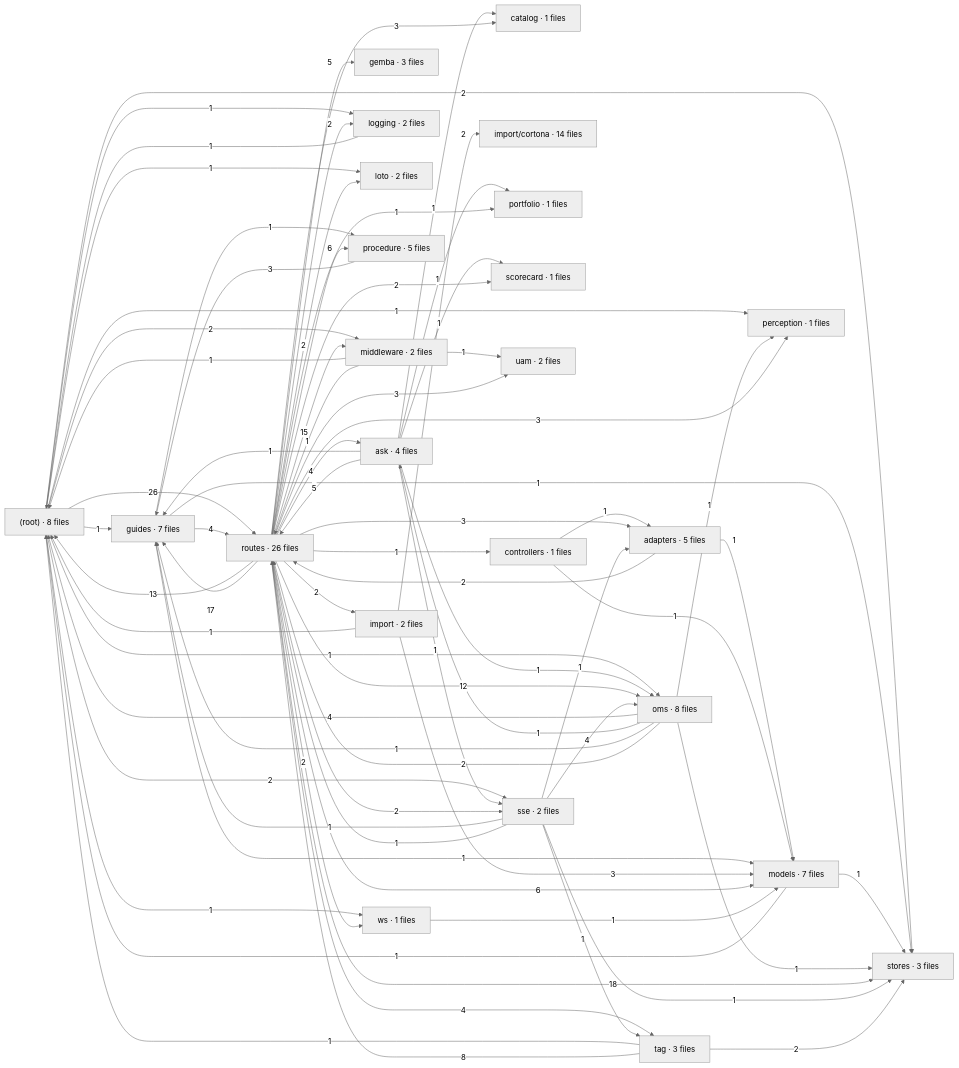
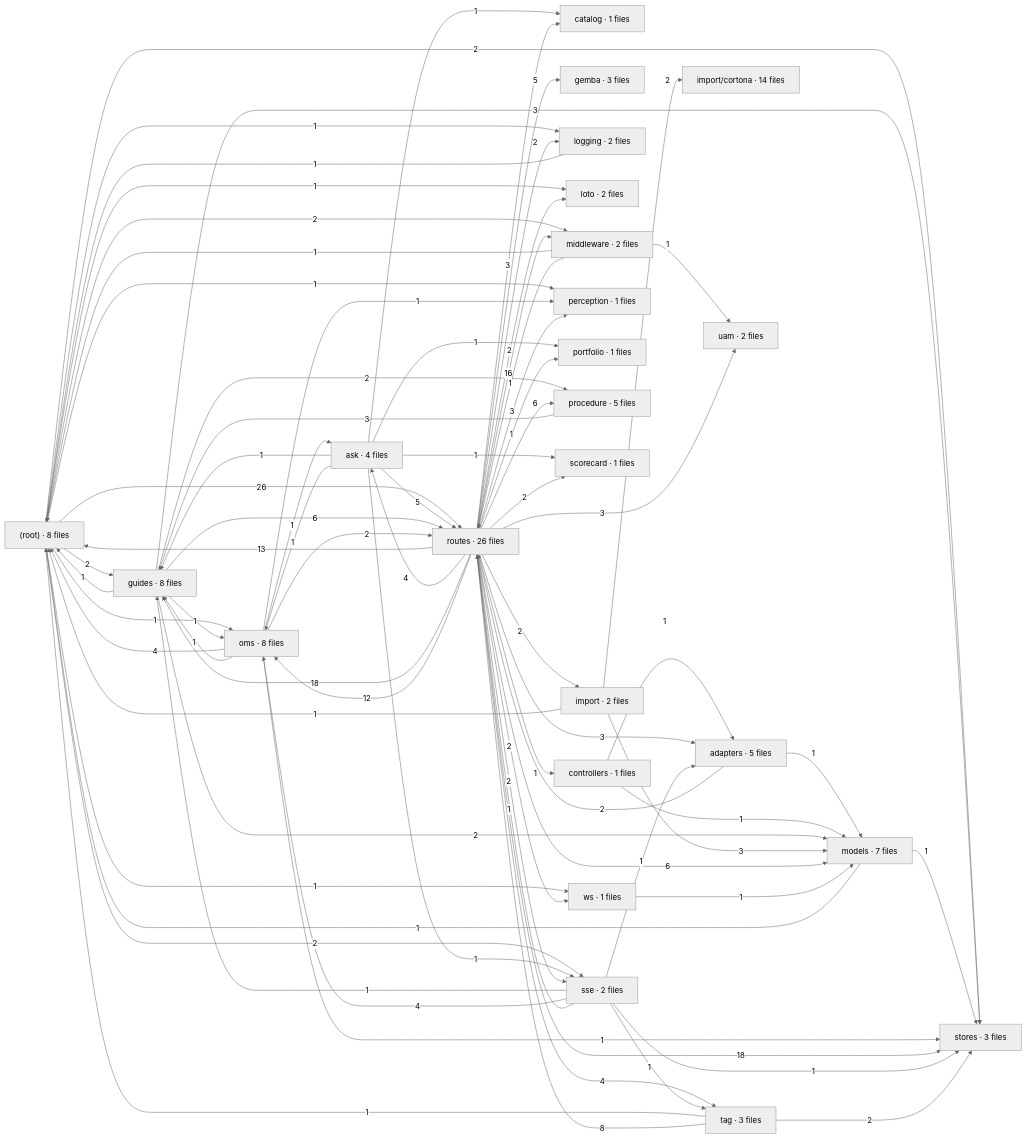
Before and after one commit to krocx/spatial-tapgging-app: the diagram in docs/architecture/deps-sib.mmd, drawn with Mermaid (neutral theme). The commit also changed 14 other files, not shown here.

First line of the commit message:
Guide lifecycle: archive (Manager), delete to a 30-day trash with restore (Owner, runs stay), publish needs Manager + chamber configuration, session deletion Owner only, integrity report, audit lines; portal row menu + Show archived + Admin trash card; Roadmap X says the guide stays

```diff
--- a/docs/architecture/deps-sib.mmd
+++ b/docs/architecture/deps-sib.mmd
@@ -1,100 +1,102 @@
 %% generated by scripts/arch-graph.mjs - do not edit
 flowchart LR
   %% sib/src - relative imports between folders (edge label = number of imports)
   F__["(root) · 8 files"]
   F_adapters["adapters · 5 files"]
   F_ask["ask · 4 files"]
   F_catalog["catalog · 1 files"]
   F_controllers["controllers · 1 files"]
   F_gemba["gemba · 3 files"]
-  F_guides["guides · 7 files"]
+  F_guides["guides · 8 files"]
   F_import["import · 2 files"]
   F_import_cortona["import/cortona · 14 files"]
   F_logging["logging · 2 files"]
   F_loto["loto · 2 files"]
   F_middleware["middleware · 2 files"]
   F_models["models · 7 files"]
   F_oms["oms · 8 files"]
   F_perception["perception · 1 files"]
   F_portfolio["portfolio · 1 files"]
   F_procedure["procedure · 5 files"]
   F_routes["routes · 26 files"]
   F_scorecard["scorecard · 1 files"]
   F_sse["sse · 2 files"]
   F_stores["stores · 3 files"]
   F_tag["tag · 3 files"]
   F_uam["uam · 2 files"]
   F_ws["ws · 1 files"]
-  F__ -->|1| F_guides
+  F__ -->|2| F_guides
   F__ -->|1| F_logging
   F__ -->|1| F_loto
   F__ -->|2| F_middleware
   F__ -->|1| F_oms
   F__ -->|1| F_perception
   F__ -->|26| F_routes
   F__ -->|2| F_sse
   F__ -->|2| F_stores
   F__ -->|1| F_ws
   F_adapters -->|1| F_models
   F_adapters -->|2| F_routes
   F_ask -->|1| F_catalog
   F_ask -->|1| F_guides
   F_ask -->|1| F_oms
   F_ask -->|1| F_portfolio
   F_ask -->|5| F_routes
   F_ask -->|1| F_scorecard
   F_ask -->|1| F_sse
   F_controllers -->|1| F_adapters
   F_controllers -->|1| F_models
-  F_guides -->|1| F_models
-  F_guides -->|1| F_procedure
-  F_guides -->|4| F_routes
-  F_guides -->|1| F_stores
+  F_guides -->|1| F__
+  F_guides -->|2| F_models
+  F_guides -->|1| F_oms
+  F_guides -->|2| F_procedure
+  F_guides -->|6| F_routes
+  F_guides -->|3| F_stores
   F_import -->|1| F__
   F_import -->|2| F_import_cortona
   F_import -->|3| F_models
   F_logging -->|1| F__
   F_middleware -->|1| F__
   F_middleware -->|1| F_routes
   F_middleware -->|1| F_uam
   F_models -->|1| F__
   F_models -->|1| F_stores
   F_oms -->|4| F__
   F_oms -->|1| F_ask
   F_oms -->|1| F_guides
   F_oms -->|1| F_perception
   F_oms -->|2| F_routes
   F_oms -->|1| F_stores
   F_procedure -->|3| F_guides
   F_routes -->|13| F__
   F_routes -->|3| F_adapters
   F_routes -->|4| F_ask
   F_routes -->|3| F_catalog
   F_routes -->|1| F_controllers
   F_routes -->|5| F_gemba
-  F_routes -->|17| F_guides
+  F_routes -->|18| F_guides
   F_routes -->|2| F_import
   F_routes -->|2| F_logging
   F_routes -->|2| F_loto
-  F_routes -->|15| F_middleware
+  F_routes -->|16| F_middleware
   F_routes -->|6| F_models
   F_routes -->|12| F_oms
   F_routes -->|3| F_perception
   F_routes -->|1| F_portfolio
   F_routes -->|6| F_procedure
   F_routes -->|2| F_scorecard
   F_routes -->|2| F_sse
   F_routes -->|18| F_stores
   F_routes -->|4| F_tag
   F_routes -->|3| F_uam
   F_routes -->|2| F_ws
   F_sse -->|1| F_adapters
   F_sse -->|1| F_guides
   F_sse -->|4| F_oms
   F_sse -->|1| F_routes
   F_sse -->|1| F_stores
   F_sse -->|1| F_tag
   F_tag -->|1| F__
   F_tag -->|8| F_routes
   F_tag -->|2| F_stores
   F_ws -->|1| F_models
```
